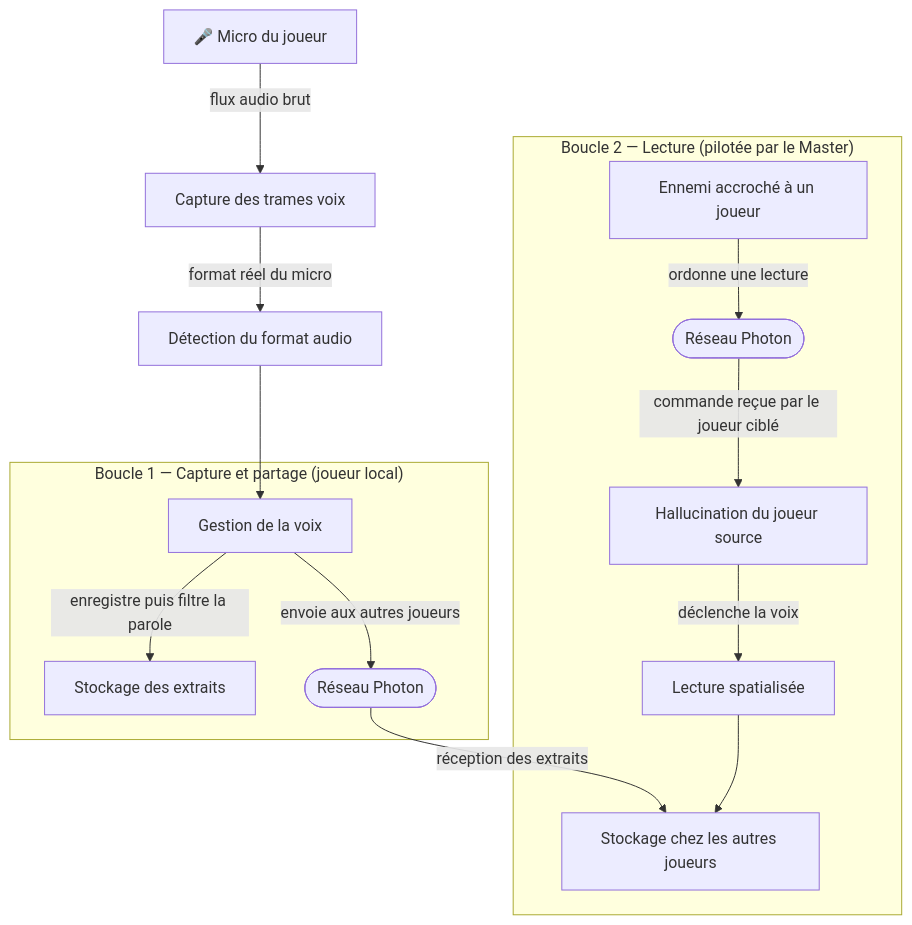
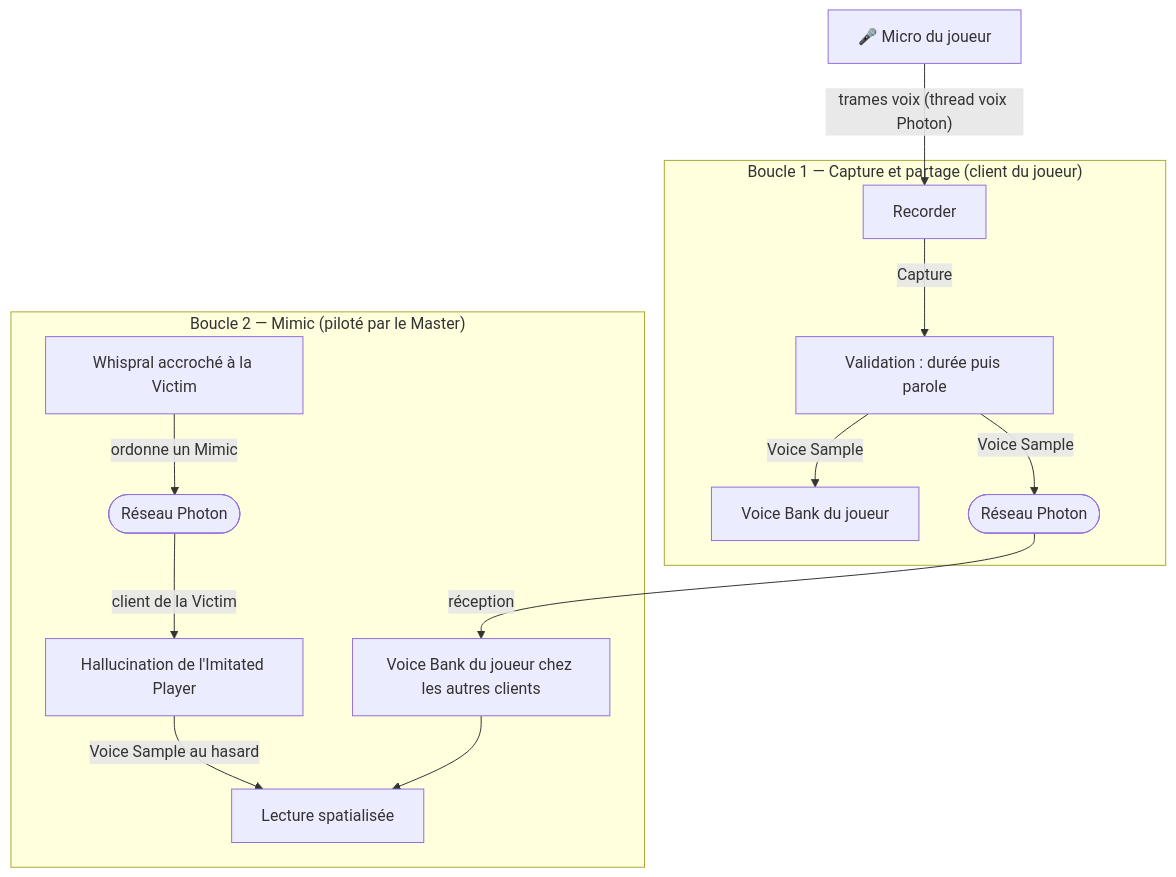
Before and after one commit to ahumadab/VepMod: the first of 6 diagrams in docs/voice-mimic-pipeline.md, drawn with Mermaid. The commit also changed other lines of this file and 6 other files, not shown here.

````diff
--- a/docs/voice-mimic-pipeline.md
+++ b/docs/voice-mimic-pipeline.md
@@ -22,20 +18,19 @@
 ```mermaid
 flowchart TD
-    mic["🎤 Micro du joueur"] -->|"flux audio brut"| patch["Capture des trames voix"]
-    patch -->|"format réel du micro"| resolver["Détection du format audio"]
-    resolver --> mimics["Gestion de la voix"]
+    mic["🎤 Micro du joueur"] -->|"trames voix (thread voix Photon)"| rec["Recorder"]
 
-    subgraph L1["Boucle 1 — Capture et partage (joueur local)"]
-        mimics -->|"enregistre puis filtre la parole"| wav["Stockage des extraits"]
-        mimics -->|"envoie aux autres joueurs"| net1(["Réseau Photon"])
+    subgraph L1["Boucle 1 — Capture et partage (client du joueur)"]
+        rec -->|"Capture"| val["Validation : durée puis parole"]
+        val -->|"Voice Sample"| bank["Voice Bank du joueur"]
+        val -->|"Voice Sample"| net1(["Réseau Photon"])
     end
 
-    net1 -->|"réception des extraits"| wavRemote["Stockage chez les autres joueurs"]
+    net1 -->|"réception"| bankRemote["Voice Bank du joueur chez les autres clients"]
 
-    subgraph L2["Boucle 2 — Lecture (pilotée par le Master)"]
-        whispral["Ennemi accroché à un joueur"] -->|"ordonne une lecture"| net2(["Réseau Photon"])
-        net2 -->|"commande reçue par le joueur ciblé"| droid["Hallucination du joueur source"]
-        droid -->|"déclenche la voix"| play["Lecture spatialisée"]
-        play --> wavRemote
+    subgraph L2["Boucle 2 — Mimic (piloté par le Master)"]
+        whispral["Whispral accroché à la Victim"] -->|"ordonne un Mimic"| net2(["Réseau Photon"])
+        net2 -->|"client de la Victim"| hallu["Hallucination de l'Imitated Player"]
+        hallu -->|"Voice Sample au hasard"| play["Lecture spatialisée"]
+        bankRemote --> play
     end
 ```
````
